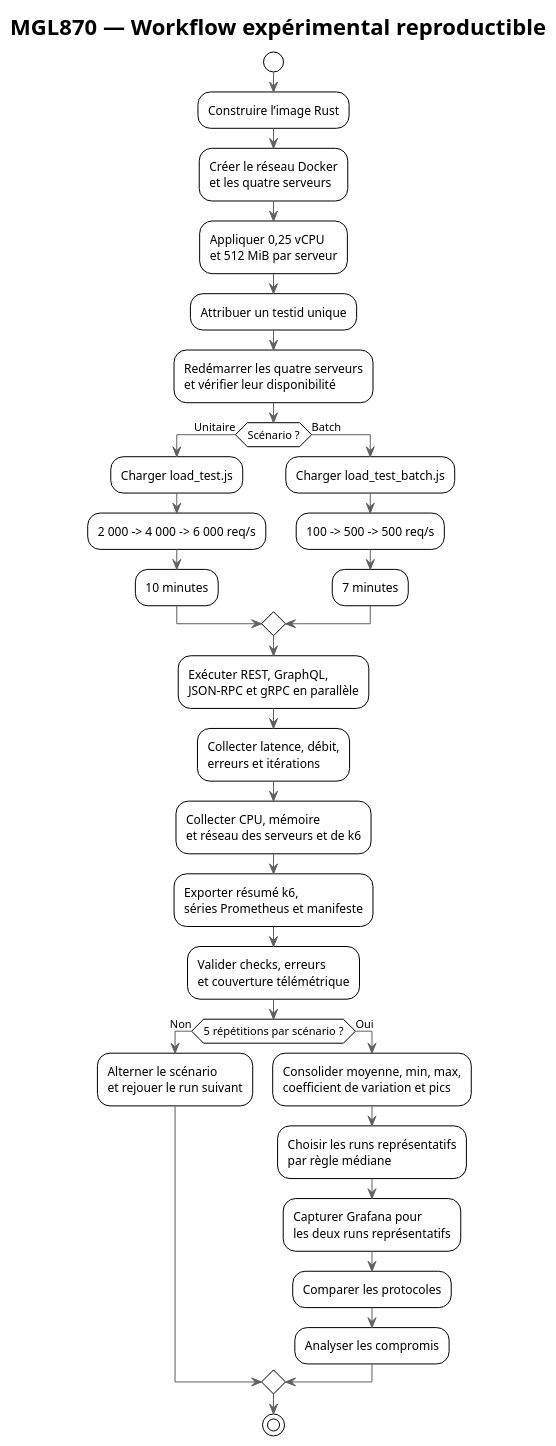
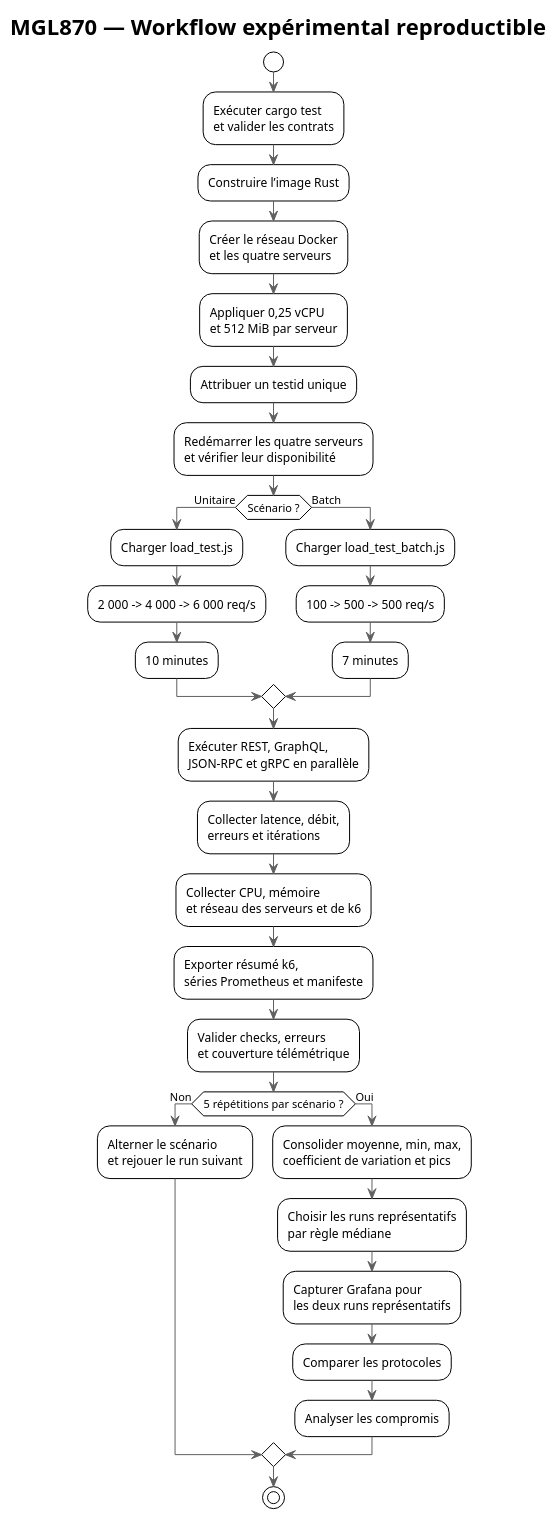
The diagram in docs/figures/experiment-workflow.puml (Hugo-12341234/mgl870-benchmark-ipc), drawn with PlantUML before and after one commit. The commit also changed 20 other files, not shown here.

```diff
--- a/docs/figures/experiment-workflow.puml
+++ b/docs/figures/experiment-workflow.puml
@@ -1,58 +1,60 @@
 @startuml
 !theme plain
 skinparam backgroundColor #FFFFFF
 skinparam shadowing false
 skinparam ArrowColor #606060
 skinparam FontColor #404040
 skinparam nodesep 70
 skinparam ranksep 90
 skinparam defaultFontName Arial
 
 title "MGL870 — Workflow expérimental reproductible"
 
 start
+:Exécuter cargo test
+et valider les contrats;
 :Construire l’image Rust;
 :Créer le réseau Docker
 et les quatre serveurs;
 :Appliquer 0,25 vCPU
 et 512 MiB par serveur;
 :Attribuer un testid unique;
 :Redémarrer les quatre serveurs
 et vérifier leur disponibilité;
 
 if (Scénario ?) then (Unitaire)
   :Charger load_test.js;
   :2 000 -> 4 000 -> 6 000 req/s;
   :10 minutes;
 else (Batch)
   :Charger load_test_batch.js;
   :100 -> 500 -> 500 req/s;
   :7 minutes;
 endif
 
 :Exécuter REST, GraphQL,
 JSON-RPC et gRPC en parallèle;
 :Collecter latence, débit,
 erreurs et itérations;
 :Collecter CPU, mémoire
 et réseau des serveurs et de k6;
 :Exporter résumé k6,
 séries Prometheus et manifeste;
 :Valider checks, erreurs
 et couverture télémétrique;
 
 if (5 répétitions par scénario ?) then (Non)
   :Alterner le scénario
 et rejouer le run suivant;
 else (Oui)
   :Consolider moyenne, min, max,
 coefficient de variation et pics;
   :Choisir les runs représentatifs
 par règle médiane;
   :Capturer Grafana pour
 les deux runs représentatifs;
   :Comparer les protocoles;
   :Analyser les compromis;
 endif
 stop
 @enduml
```
